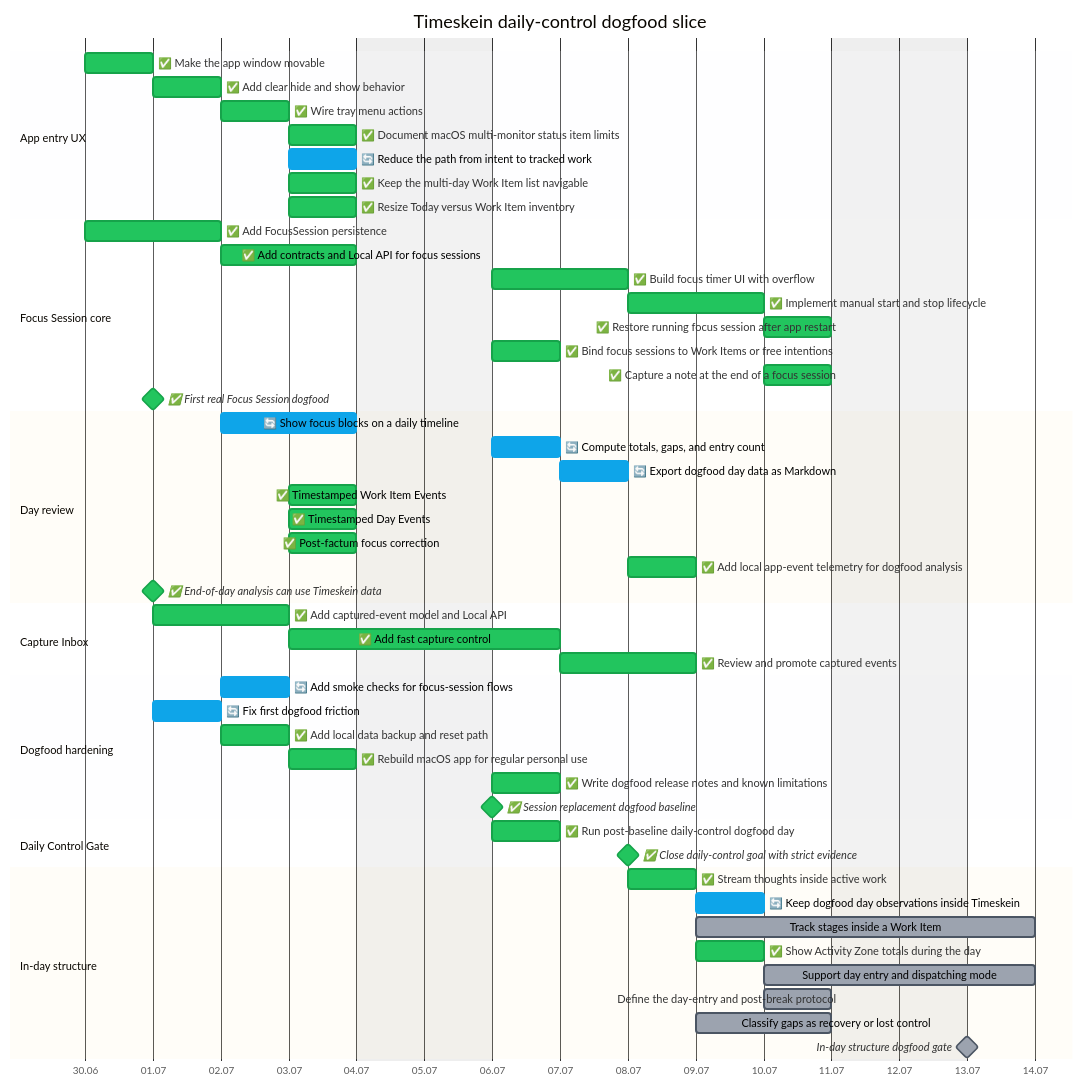
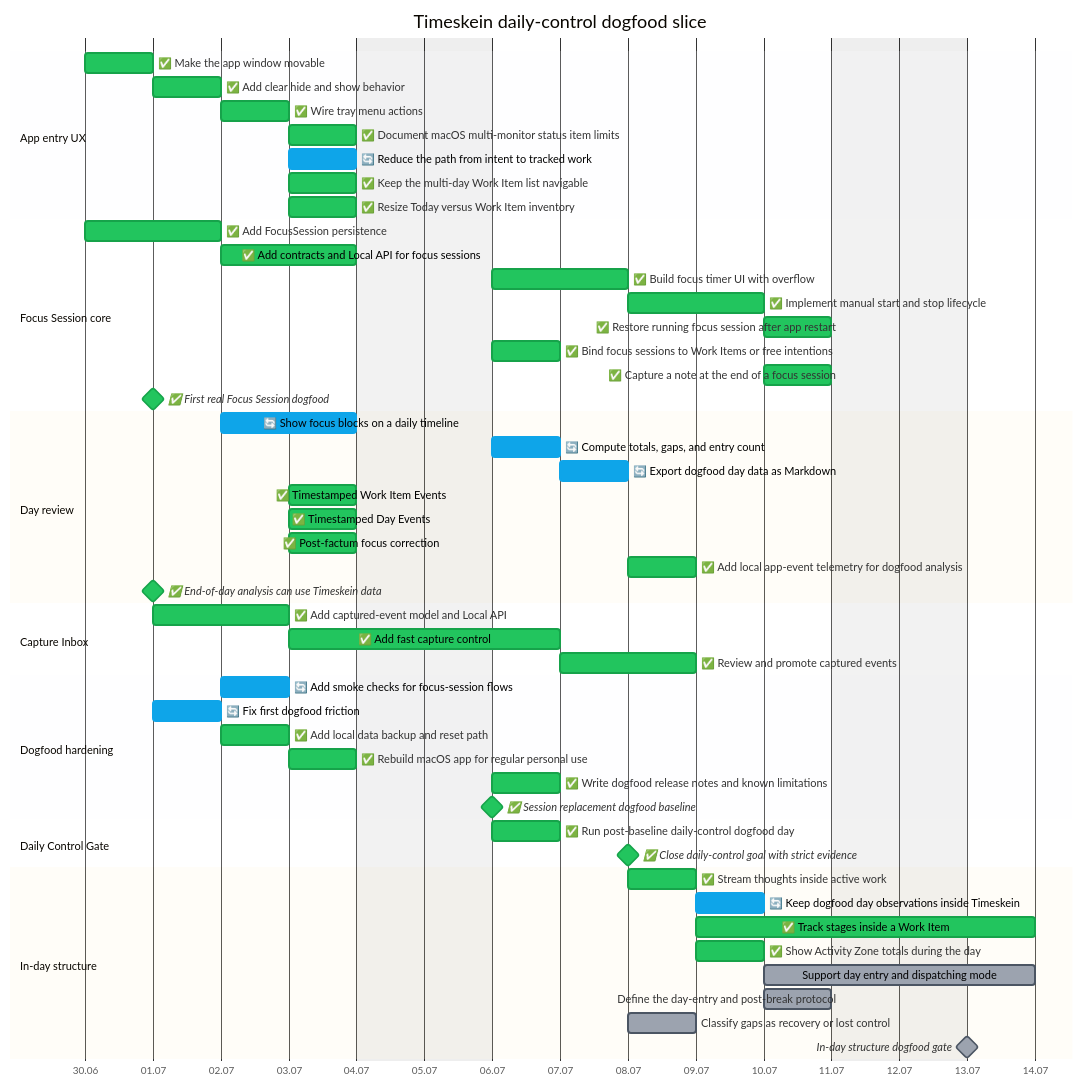
The second of 2 diagrams in docs/roadmap/opskarta.md (asukhodko/timeskein), drawn with Mermaid before and after one commit. The commit also changed other lines of this file and 10 other files, not shown here.

Commit message:
Classify explained gaps

````diff
--- a/docs/roadmap/opskarta.md
+++ b/docs/roadmap/opskarta.md
@@ -112,59 +112,59 @@
 ```mermaid
 %%{init: {"theme": "base", "themeVariables": {"taskBkgColor": "#9ca3af", "taskBorderColor": "#4b5563", "taskTextColor": "#000000", "taskTextDarkColor": "#000000", "taskTextLightColor": "#000000", "activeTaskBkgColor": "#0ea5e9", "activeTaskBorderColor": "#0ea5e9", "doneTaskBkgColor": "#22c55e", "doneTaskBorderColor": "#16a34a", "critBkgColor": "#fecaca", "critBorderColor": "#fecaca", "todayLineColor": "#ef4444"}} }%%
 
 gantt
     title Timeskein daily-control dogfood slice
     dateFormat YYYY-MM-DD
     axisFormat %d.%m
     excludes weekends
 
     section App entry UX
     ✅ Make the app window movable  :done, ts_ux_entry_window_drag,    2026-06-30, 1d
     ✅ Add clear hide and show behavior  :done, ts_ux_entry_hide_toggle,    2026-07-01, 1d
     ✅ Wire tray menu actions  :done, ts_ux_entry_tray_actions,    2026-07-02, 1d
     ✅ Document macOS multi-monitor status item limits  :done, ts_ux_entry_monitor_policy,    2026-07-03, 1d
     🔄 Reduce the path from intent to tracked work  :active, ts_ux_entry_fast_track_flow,    2026-07-03, 1d
     ✅ Keep the multi-day Work Item list navigable  :done, ts_ux_entry_inventory_modes,    2026-07-03, 1d
     ✅ Resize Today versus Work Item inventory  :done, ts_ux_entry_resizable_today_split,    2026-07-03, 1d
     section Focus Session core
     ✅ Add FocusSession persistence  :done, ts_focus_core_model_migrations,    2026-06-30, 2d
     ✅ Add contracts and Local API for focus sessions  :done, ts_focus_core_contracts_api,    2026-07-02, 2d
     ✅ Build focus timer UI with overflow  :done, ts_focus_core_timer_ui,    2026-07-06, 2d
     ✅ Implement manual start and stop lifecycle  :done, ts_focus_core_session_lifecycle,    2026-07-08, 2d
     ✅ Restore running focus session after app restart  :done, ts_focus_core_restart_restore,    2026-07-10, 1d
     ✅ Bind focus sessions to Work Items or free intentions  :done, ts_focus_core_work_item_binding,    2026-07-06, 1d
     ✅ Capture a note at the end of a focus session  :done, ts_focus_core_session_notes,    2026-07-10, 1d
     ✅ First real Focus Session dogfood  :milestone, done, ts_focus_core_dogfood_gate,    2026-07-01, 0d
     section Day review
     🔄 Show focus blocks on a daily timeline  :active, ts_day_review_timeline,    2026-07-02, 2d
     🔄 Compute totals, gaps, and entry count  :active, ts_day_review_totals_gaps,    2026-07-06, 1d
     🔄 Export dogfood day data as Markdown  :active, ts_day_review_export,    2026-07-07, 1d
     ✅ Timestamped Work Item Events  :done, ts_day_review_work_item_events,    2026-07-03, 1d
     ✅ Timestamped Day Events  :done, ts_day_review_day_events,    2026-07-03, 1d
     ✅ Post-factum focus correction  :done, ts_day_review_corrections,    2026-07-03, 1d
     ✅ Add local app-event telemetry for dogfood analysis  :done, ts_day_review_app_telemetry,    2026-07-08, 1d
     ✅ End-of-day analysis can use Timeskein data  :milestone, done, ts_day_review_analysis_gate,    2026-07-01, 0d
     section Capture Inbox
     ✅ Add captured-event model and Local API  :done, ts_capture_model_api,    2026-07-01, 2d
     ✅ Add fast capture control  :done, ts_capture_quick_ui,    2026-07-03, 2d
     ✅ Review and promote captured events  :done, ts_capture_review_flow,    2026-07-07, 2d
     section Dogfood hardening
     🔄 Add smoke checks for focus-session flows  :active, ts_hardening_smoke,    2026-07-02, 1d
     🔄 Fix first dogfood friction  :active, ts_hardening_post_dogfood_friction,    2026-07-01, 1d
     ✅ Add local data backup and reset path  :done, ts_hardening_backup_reset,    2026-07-02, 1d
     ✅ Rebuild macOS app for regular personal use  :done, ts_hardening_package_app,    2026-07-03, 1d
     ✅ Write dogfood release notes and known limitations  :done, ts_hardening_release_notes,    2026-07-06, 1d
     ✅ Session replacement dogfood baseline  :milestone, done, ts_hardening_dogfood_release,    2026-07-06, 0d
     section Daily Control Gate
     ✅ Run post-baseline daily-control dogfood day  :done, ts_daily_control_real_day,    2026-07-06, 1d
     ✅ Close daily-control goal with strict evidence  :milestone, done, ts_daily_control_goal_check,    2026-07-08, 0d
     section In-day structure
     ✅ Stream thoughts inside active work  :done, ts_in_day_structure_active_work_journal,    2026-07-08, 1d
     🔄 Keep dogfood day observations inside Timeskein  :active, ts_in_day_structure_day_observation_log,    2026-07-09, 1d
-    Track stages inside a Work Item  :ts_in_day_structure_work_item_stages,    2026-07-09, 3d
+    ✅ Track stages inside a Work Item  :done, ts_in_day_structure_work_item_stages,    2026-07-09, 3d
     ✅ Show Activity Zone totals during the day  :done, ts_in_day_structure_zone_dashboard,    2026-07-09, 1d
     Support day entry and dispatching mode  :ts_in_day_structure_dispatch_mode,    2026-07-10, 2d
     Define the day-entry and post-break protocol  :ts_in_day_structure_entry_protocol,    2026-07-10, 1d
-    Classify gaps as recovery or lost control  :ts_in_day_structure_gap_recovery_classification,    2026-07-09, 2d
+    Classify gaps as recovery or lost control  :ts_in_day_structure_gap_recovery_classification,    2026-07-08, 1d
     In-day structure dogfood gate  :milestone, ts_in_day_structure_dogfood_gate,    2026-07-13, 0d
 ```
````
